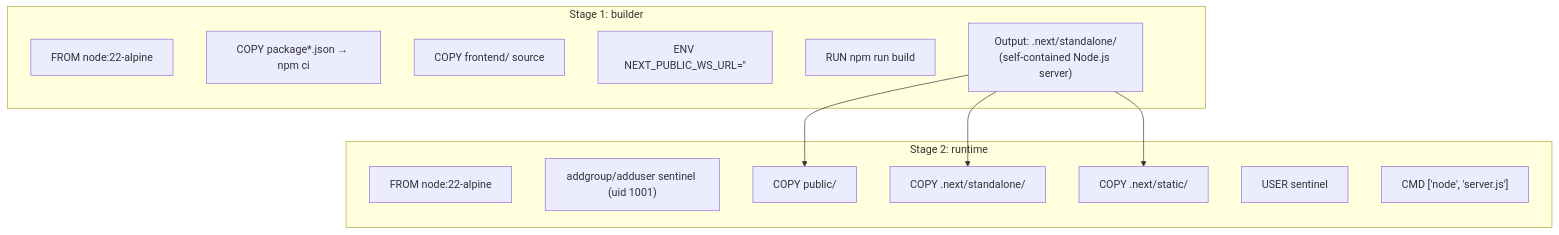
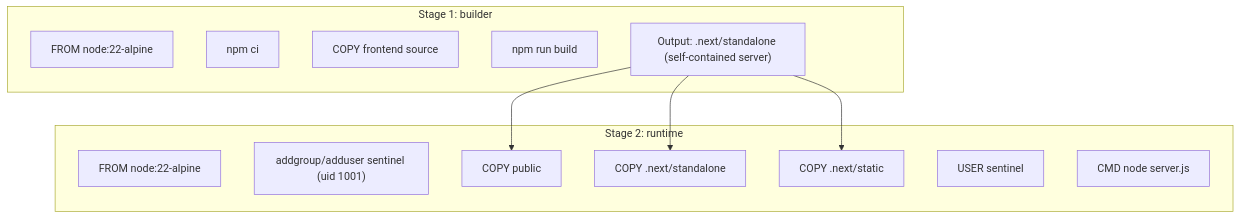
Diagram 26 of 29 in docs/PHASE2_EXPLAINED.md (yessine15/sentinel), drawn with Mermaid before and after one commit. The commit also changed other lines of this file, not shown here.

First line of the commit message:
docs: fix all mermaid v11.15.0 syntax errors in Phase 2 guide

````diff
--- a/docs/PHASE2_EXPLAINED.md
+++ b/docs/PHASE2_EXPLAINED.md
@@ -957,25 +946,24 @@
 ```mermaid
 flowchart TD
-    subgraph "Stage 1: builder"
+    subgraph BUILDER["Stage 1: builder"]
         B1["FROM node:22-alpine"]
-        B2["COPY package*.json → npm ci"]
-        B3["COPY frontend/ source"]
-        B4["ENV NEXT_PUBLIC_WS_URL=''"]
-        B5["RUN npm run build"]
-        B6["Output: .next/standalone/<br/>(self-contained Node.js server)"]
+        B2["npm ci"]
+        B3["COPY frontend source"]
+        B4["npm run build"]
+        B6["Output: .next/standalone (self-contained server)"]
     end
 
-    subgraph "Stage 2: runtime"
+    subgraph RUNTIME["Stage 2: runtime"]
         R1["FROM node:22-alpine"]
         R2["addgroup/adduser sentinel (uid 1001)"]
-        R3["COPY public/"]
-        R4["COPY .next/standalone/"]
-        R5["COPY .next/static/"]
+        R3["COPY public"]
+        R4["COPY .next/standalone"]
+        R5["COPY .next/static"]
         R6["USER sentinel"]
-        R7["CMD ['node', 'server.js']"]
+        R7["CMD node server.js"]
     end
 
     B6 --> R3
     B6 --> R4
     B6 --> R5
 ```
````
